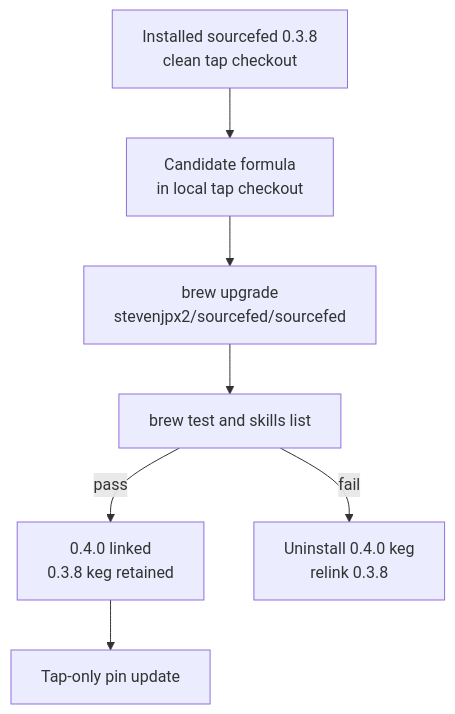
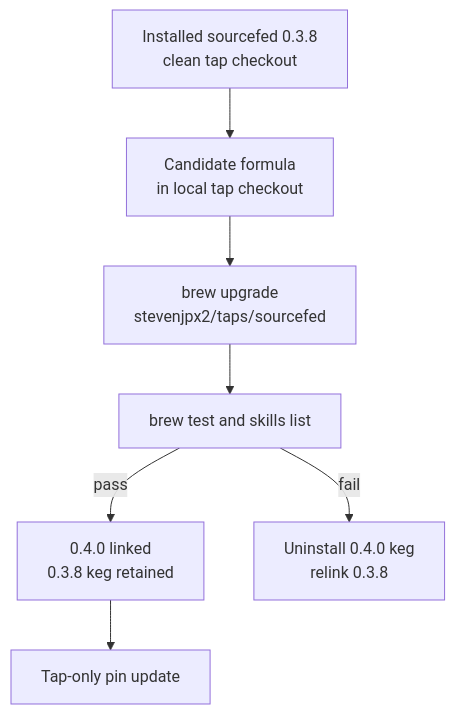
The third of 3 diagrams in docs/e2e-release-plan.md (StevenJPx2/sourcefed), drawn with Mermaid before and after one commit. The commit also changed other lines of this file and 3 other files, not shown here.

Commit message:
fix(release): verify Homebrew through the stevenjpx2/taps tap (#18)

````diff
--- a/docs/e2e-release-plan.md
+++ b/docs/e2e-release-plan.md
@@ -199,9 +199,9 @@
 ```mermaid
 flowchart TD
     Check["Installed sourcefed 0.3.8<br/>clean tap checkout"] --> Swap["Candidate formula<br/>in local tap checkout"]
-    Swap --> Upgrade["brew upgrade<br/>stevenjpx2/sourcefed/sourcefed"]
+    Swap --> Upgrade["brew upgrade<br/>stevenjpx2/taps/sourcefed"]
     Upgrade --> Test["brew test and skills list"]
     Test -->|pass| Keep["0.4.0 linked<br/>0.3.8 keg retained"]
     Test -->|fail| Restore["Uninstall 0.4.0 keg<br/>relink 0.3.8"]
     Keep --> Tap["Tap-only pin update"]
 ```
````
